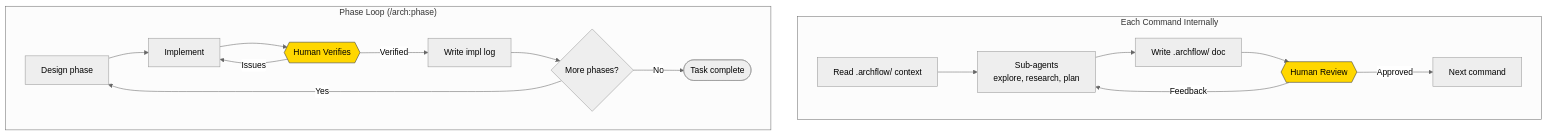
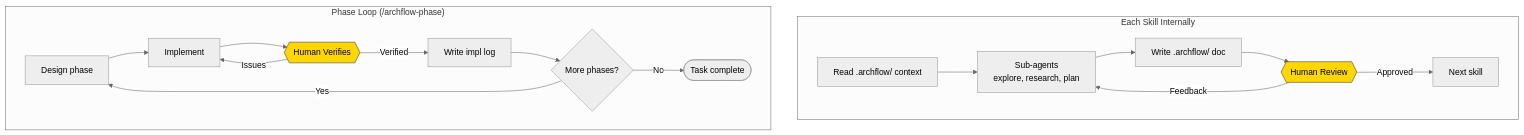
The second of 12 diagrams in docs/archflow-process.md (Aroton/ArchflowV2), drawn with Mermaid (neutral theme) before and after one commit. The commit also changed other lines of this file and 13 other files, not shown here.

````diff
--- a/docs/archflow-process.md
+++ b/docs/archflow-process.md
@@ -19,23 +19,23 @@
 ```mermaid
 flowchart TD
-    subgraph "Each Command Internally"
+    subgraph "Each Skill Internally"
         Read[Read .archflow/ context] --> Agents[Sub-agents<br/>explore, research, plan]
         Agents --> Output[Write .archflow/ doc]
         Output --> Review{{Human Review}}
         Review -->|Feedback| Agents
-        Review -->|Approved| Next[Next command]
+        Review -->|Approved| Next[Next skill]
     end
 
-    subgraph "Phase Loop (/arch:phase)"
+    subgraph "Phase Loop (/archflow-phase)"
         Design2[Design phase] --> Impl[Implement]
         Impl --> Verify{{Human Verifies}}
         Verify -->|Issues| Impl
         Verify -->|Verified| Log[Write impl log]
         Log --> More{More phases?}
         More -->|Yes| Design2
         More -->|No| Done2([Task complete])
     end
 
     style Review fill:#ffd700,stroke:#333,color:#000
     style Verify fill:#ffd700,stroke:#333,color:#000
 ```
````
